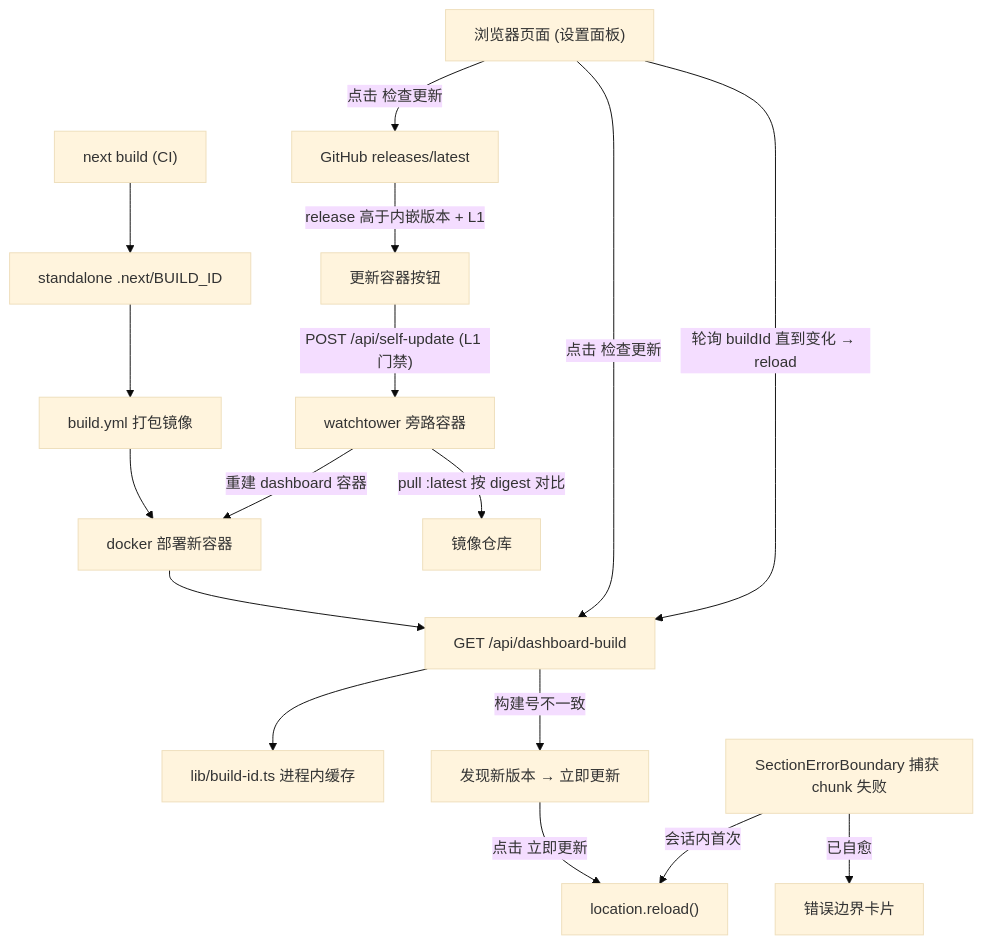
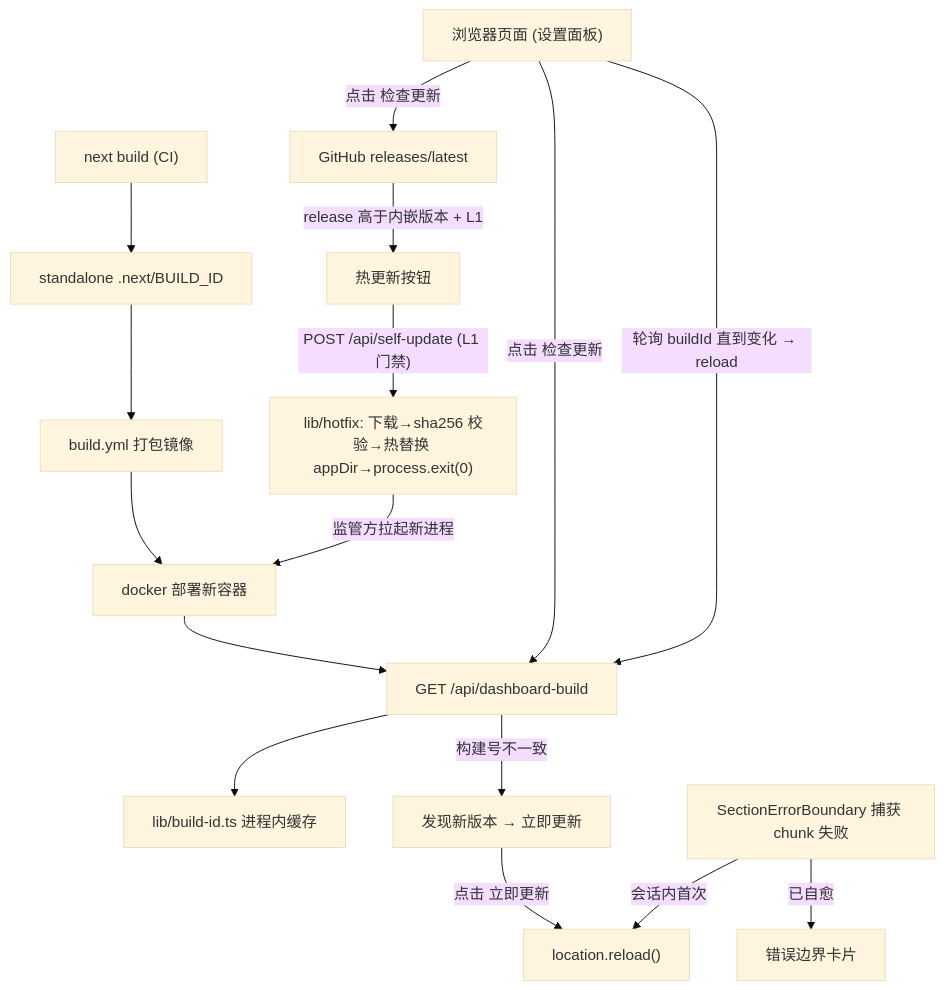
The second of 2 diagrams in .monkeycode/specs/hot-update-nav-fix/design.md (agentteams-group/agentteams-dashboard), drawn with Mermaid (base theme) before and after one commit. The commit also changed other lines of this file and 10 other files, not shown here.

First line of the commit message:
feat(dashboard): in-app hot patch replaces watchtower sidecar

````diff
--- a/.monkeycode/specs/hot-update-nav-fix/design.md
+++ b/.monkeycode/specs/hot-update-nav-fix/design.md
@@ -34,19 +34,18 @@
 ```mermaid
 graph TD
     A["next build (CI)"] --> B["standalone .next/BUILD_ID"]
     B --> C["build.yml 打包镜像"]
     C --> D["docker 部署新容器"]
     D --> E["GET /api/dashboard-build"]
     E --> F["lib/build-id.ts 进程内缓存"]
     P["浏览器页面 (设置面板)"] -->|"点击 检查更新"| E
     P -->|"点击 检查更新"| G["GitHub releases/latest"]
     E -->|"构建号不一致"| H["发现新版本 → 立即更新"]
-    G -->|"release 高于内嵌版本 + L1"| I["更新容器按钮"]
-    I -->|"POST /api/self-update (L1 门禁)"| W["watchtower 旁路容器"]
-    W -->|"pull :latest 按 digest 对比"| K["镜像仓库"]
-    W -->|"重建 dashboard 容器"| D
+    G -->|"release 高于内嵌版本 + L1"| I["热更新按钮"]
+    I -->|"POST /api/self-update (L1 门禁)"| W["lib/hotfix: 下载→sha256 校验→热替换 appDir→process.exit(0)"]
+    W -->|"监管方拉起新进程"| D
     H -->|"点击 立即更新"| J["location.reload()"]
     P -->|"轮询 buildId 直到变化 → reload"| E
     L["SectionErrorBoundary 捕获 chunk 失败"] -->|"会话内首次"| J
     L -->|"已自愈"| M["错误边界卡片"]
 ```
````
